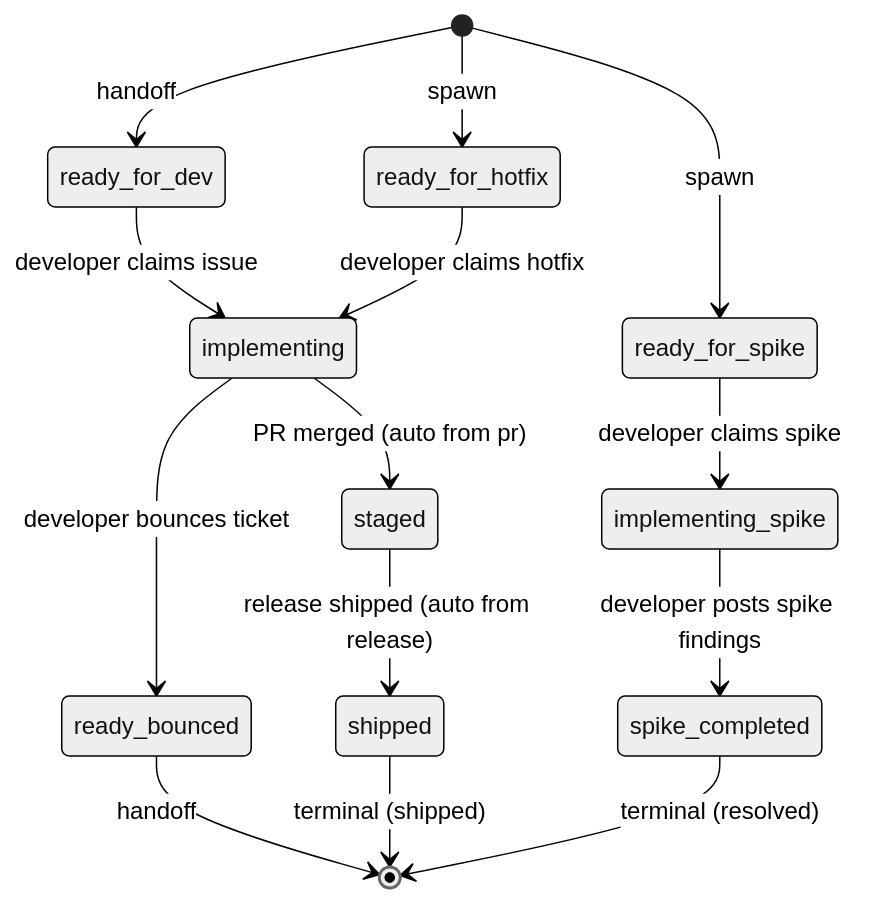
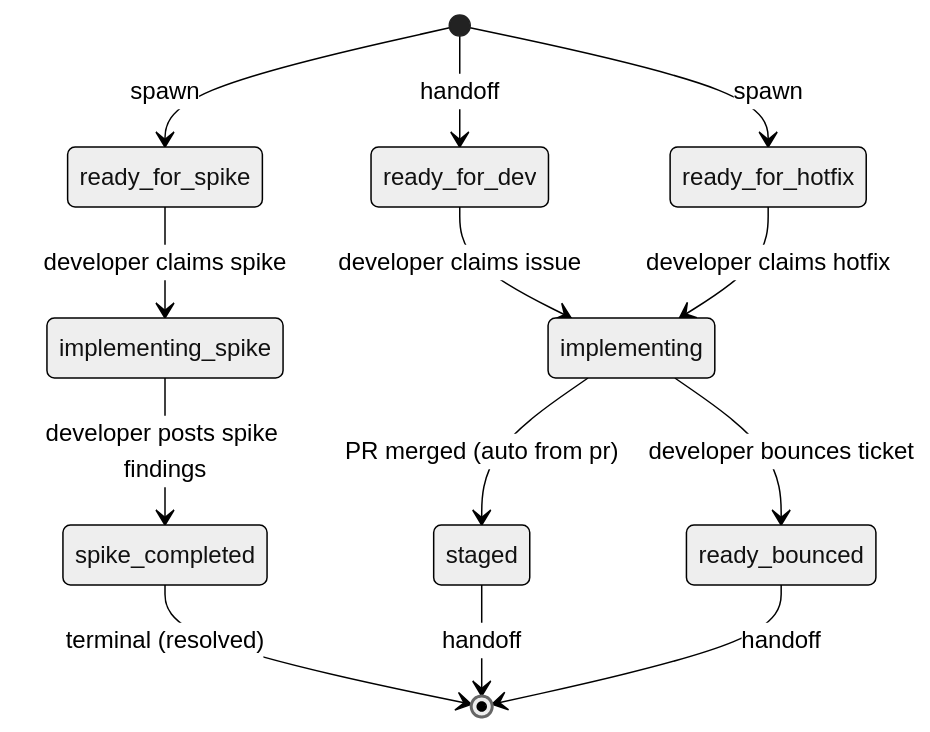
Before and after one commit to blemees/blemees-workflow: the diagram in examples/workflows/inner-loop.md, drawn with Mermaid (neutral theme). The commit also changed other lines of this file and 30 other files, not shown here.

````diff
--- a/examples/workflows/inner-loop.md
+++ b/examples/workflows/inner-loop.md
@@ -18,23 +18,23 @@
 ```mermaid
 stateDiagram-v2
     direction TB
     %% Cross-process interfaces:
     %%   Handoff: ready_for_dev (shared resting state)
+    %%   Handoff: staged (shared resting state)
     %%   Handoff: ready_bounced (shared resting state)
     %%   Spawn:   implementing → process pr (issue_type=pr, initial=draft)
     %%
 
     ready_for_dev --> implementing: developer claims issue
     ready_for_spike --> implementing_spike: developer claims spike
     ready_for_hotfix --> implementing: developer claims hotfix
     implementing --> ready_bounced: developer bounces ticket
     implementing --> staged: PR merged (auto from pr)
-    staged --> shipped: release shipped (auto from release)
     implementing_spike --> spike_completed: developer posts spike findings
-    shipped --> [*]: terminal (shipped)
     spike_completed --> [*]: terminal (resolved)
     [*] --> ready_for_dev: handoff
+    staged --> [*]: handoff
     ready_bounced --> [*]: handoff
     [*] --> ready_for_hotfix: spawn
     [*] --> ready_for_spike: spawn
 ```
````
